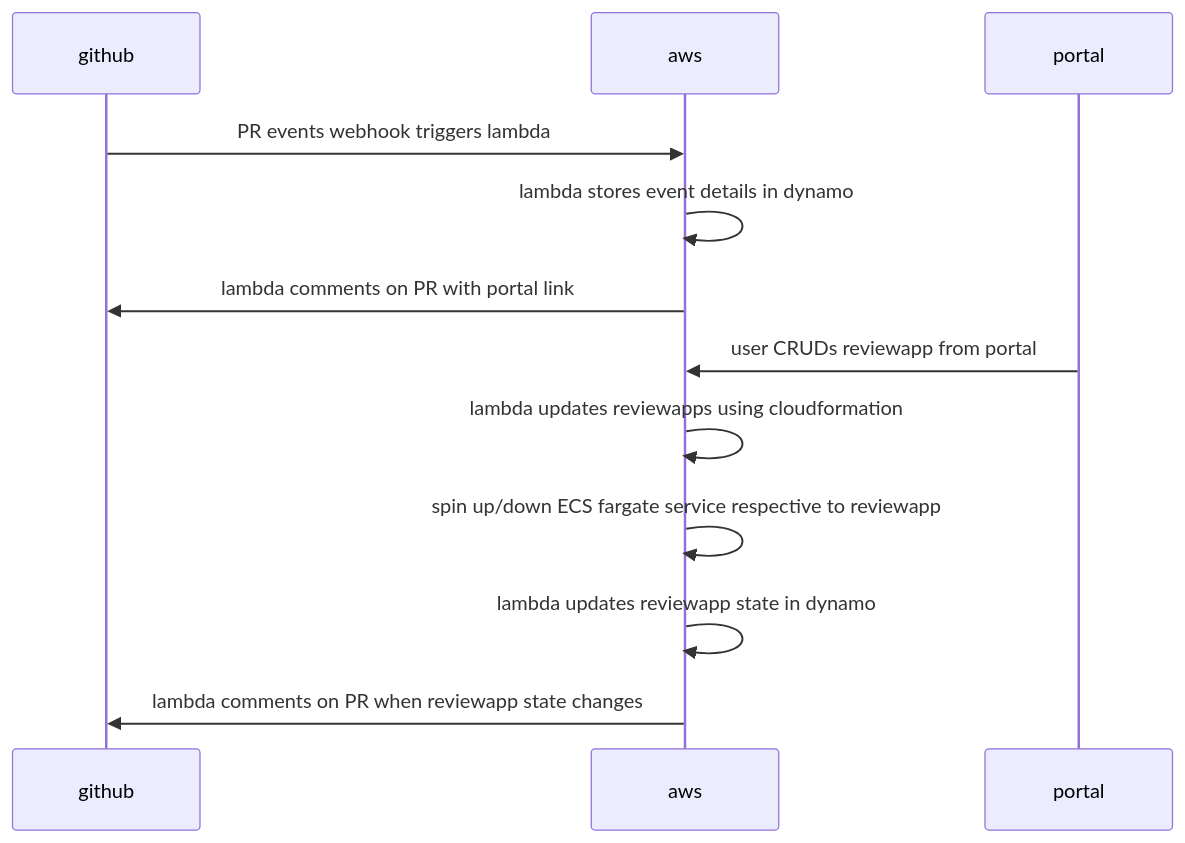
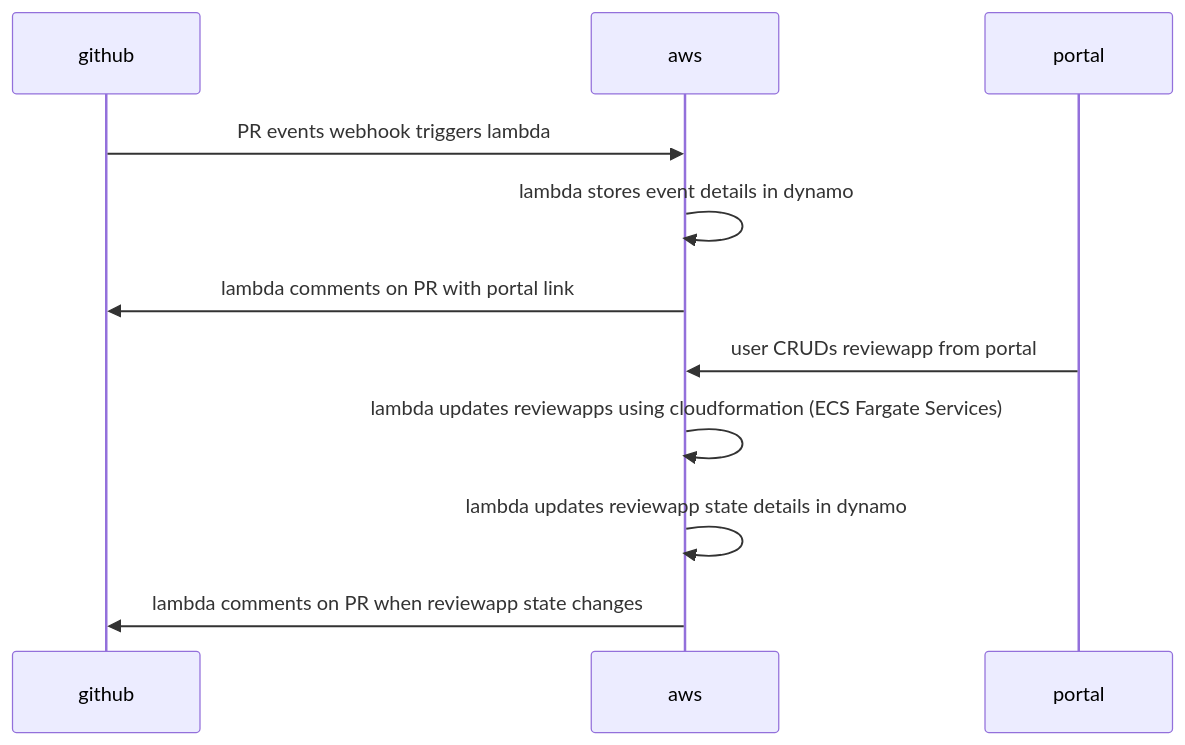
One commit to arpan-skilljar/testrepo changed the diagram in diagram.md. Above: the diagram before and after it, drawn with Mermaid.

Commit message:
think this looks good

````diff
--- a/diagram.md
+++ b/diagram.md
@@ -1,14 +1,13 @@
 ```mermaid
 sequenceDiagram
     participant github
     participant aws
     participant portal
     github->>aws: PR events webhook triggers lambda
     aws->>aws: lambda stores event details in dynamo    
     aws->>github: lambda comments on PR with portal link
     portal->>aws: user CRUDs reviewapp from portal
-    aws->>aws: lambda updates reviewapps using cloudformation
-    aws->>aws: spin up/down ECS fargate service respective to reviewapp
-    aws->>aws: lambda updates reviewapp state in dynamo
+    aws->>aws: lambda updates reviewapps using cloudformation (ECS Fargate Services)
+    aws->>aws: lambda updates reviewapp state details in dynamo    
     aws->>github: lambda comments on PR when reviewapp state changes
 ```
````
